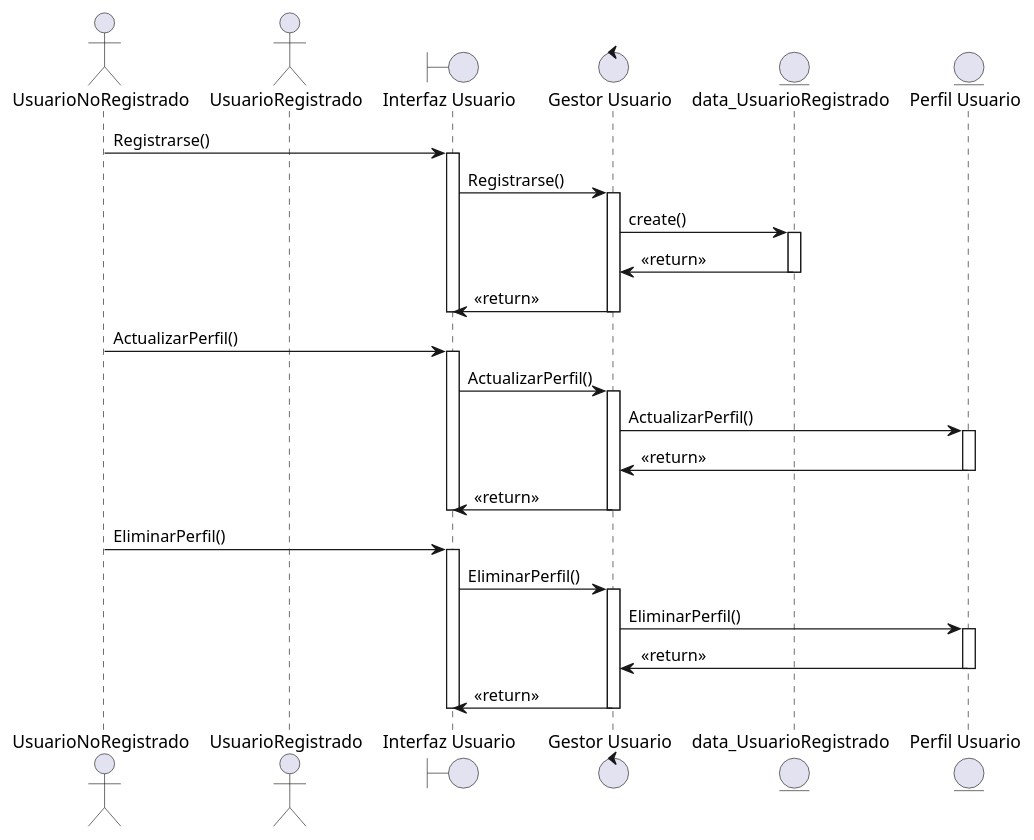
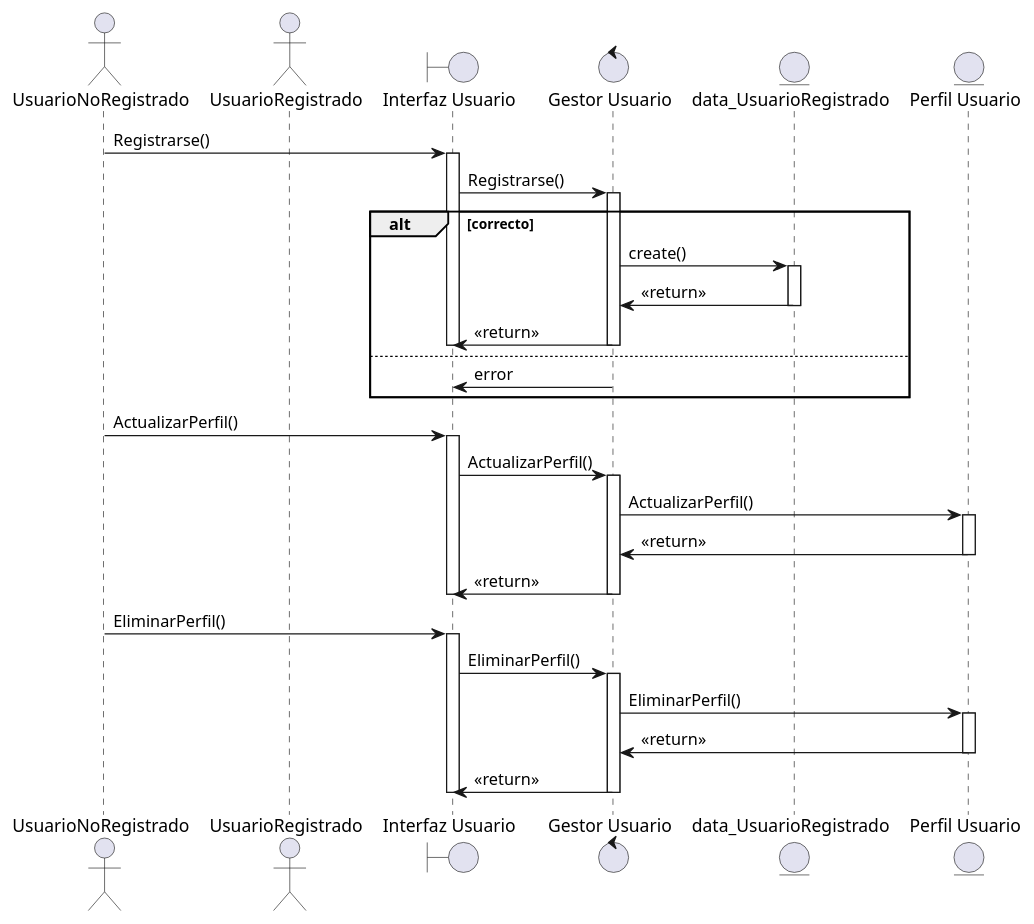
Before and after one commit to dabien3/ES25UAB-511-05: the diagram in documents/Diagramas Secuencia/CodigoUML/bloq1.pUML, drawn with PlantUML. The commit also changed 3 other files, not shown here.

```diff
--- a/documents/Diagramas Secuencia/CodigoUML/bloq1.pUML
+++ b/documents/Diagramas Secuencia/CodigoUML/bloq1.pUML
@@ -1,46 +1,50 @@
 @startuml
 actor UsuarioNoRegistrado
 actor UsuarioRegistrado
 boundary "Interfaz Usuario" as InterfazUsuario
 control "Gestor Usuario" as GestorUsuario
 entity "data_UsuarioRegistrado" as data_UsuarioRegistrado
 entity "Perfil Usuario" as PerfilUsuario
 
 UsuarioNoRegistrado -> InterfazUsuario : Registrarse()                                                         
 activate InterfazUsuario
 InterfazUsuario -> GestorUsuario : Registrarse()
 activate GestorUsuario
+alt correcto
 GestorUsuario -> data_UsuarioRegistrado : create()
 activate data_UsuarioRegistrado
 data_UsuarioRegistrado -> GestorUsuario : <<return>>
 deactivate data_UsuarioRegistrado
 GestorUsuario -> InterfazUsuario : <<return>>
 deactivate GestorUsuario
 deactivate InterfazUsuario
+else
+GestorUsuario -> InterfazUsuario : error
+end
 
 UsuarioNoRegistrado -> InterfazUsuario : ActualizarPerfil()
 activate InterfazUsuario
 InterfazUsuario -> GestorUsuario : ActualizarPerfil()
 activate GestorUsuario
 GestorUsuario -> PerfilUsuario : ActualizarPerfil()
 activate PerfilUsuario
 PerfilUsuario -> GestorUsuario : <<return>>
 deactivate PerfilUsuario
 GestorUsuario -> InterfazUsuario : <<return>>
 deactivate GestorUsuario
 deactivate InterfazUsuario
 
 UsuarioNoRegistrado -> InterfazUsuario : EliminarPerfil()
 activate InterfazUsuario
 InterfazUsuario -> GestorUsuario : EliminarPerfil()
 activate GestorUsuario
 GestorUsuario -> PerfilUsuario : EliminarPerfil()
 activate PerfilUsuario
 PerfilUsuario -> GestorUsuario : <<return>>
 deactivate PerfilUsuario
 GestorUsuario -> InterfazUsuario : <<return>>
 deactivate GestorUsuario
 deactivate InterfazUsuario
 
 deactivate UsuarioRegistrado
 @enduml
```
